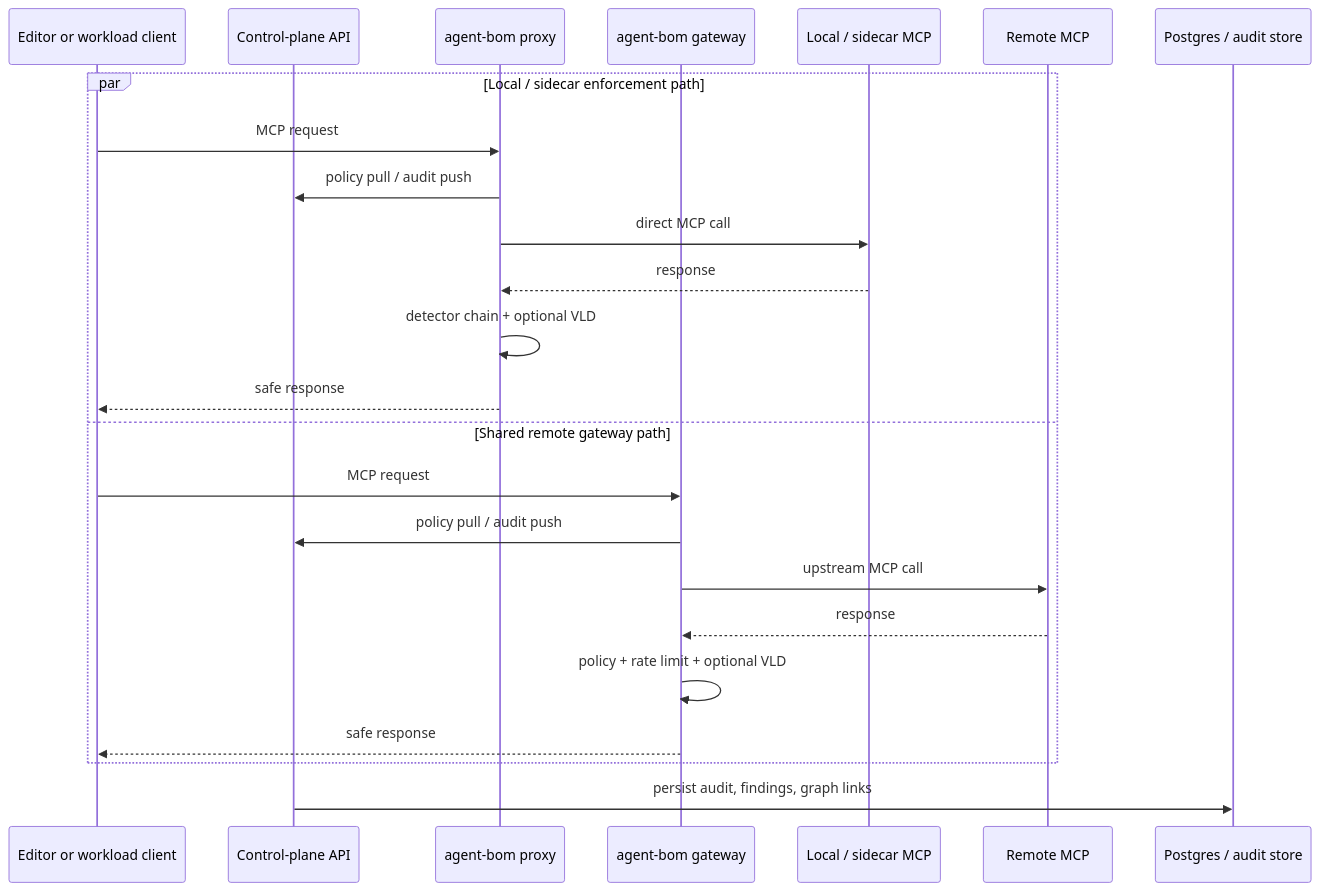
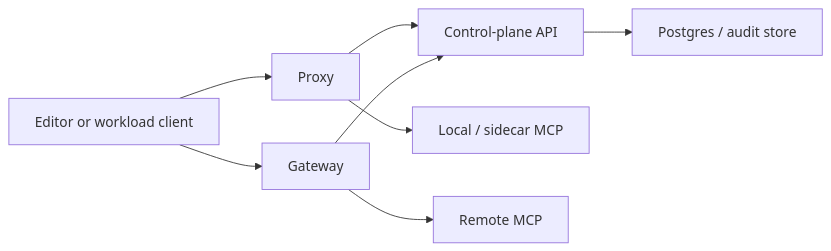
The second of 2 diagrams in site-docs/deployment/own-infra-eks.md (msaad00/agent-bom), drawn with Mermaid before and after one commit. The commit also changed other lines of this file and 3 other files, not shown here.

````diff
--- a/site-docs/deployment/own-infra-eks.md
+++ b/site-docs/deployment/own-infra-eks.md
@@ -115,27 +68,10 @@
 ```mermaid
-sequenceDiagram
-    participant Client as Editor or workload client
-    participant API as Control-plane API
-    participant Proxy as agent-bom proxy
-    participant Gateway as agent-bom gateway
-    participant Local as Local / sidecar MCP
-    participant Remote as Remote MCP
-    participant Store as Postgres / audit store
-
-    par Local / sidecar enforcement path
-        Client->>Proxy: MCP request
-        Proxy->>API: policy pull / audit push
-        Proxy->>Local: direct MCP call
-        Local-->>Proxy: response
-        Proxy->>Proxy: detector chain + optional VLD
-        Proxy-->>Client: safe response
-    and Shared remote gateway path
-        Client->>Gateway: MCP request
-        Gateway->>API: policy pull / audit push
-        Gateway->>Remote: upstream MCP call
-        Remote-->>Gateway: response
-        Gateway->>Gateway: policy + rate limit + optional VLD
-        Gateway-->>Client: safe response
-    end
-    API->>Store: persist audit, findings, graph links
+flowchart LR
+    Client["Editor or workload client"] --> Proxy["Proxy"]
+    Client --> Gateway["Gateway"]
+    Proxy --> API["Control-plane API"]
+    Gateway --> API
+    Proxy --> Local["Local / sidecar MCP"]
+    Gateway --> Remote["Remote MCP"]
+    API --> Store["Postgres / audit store"]
 ```
````
